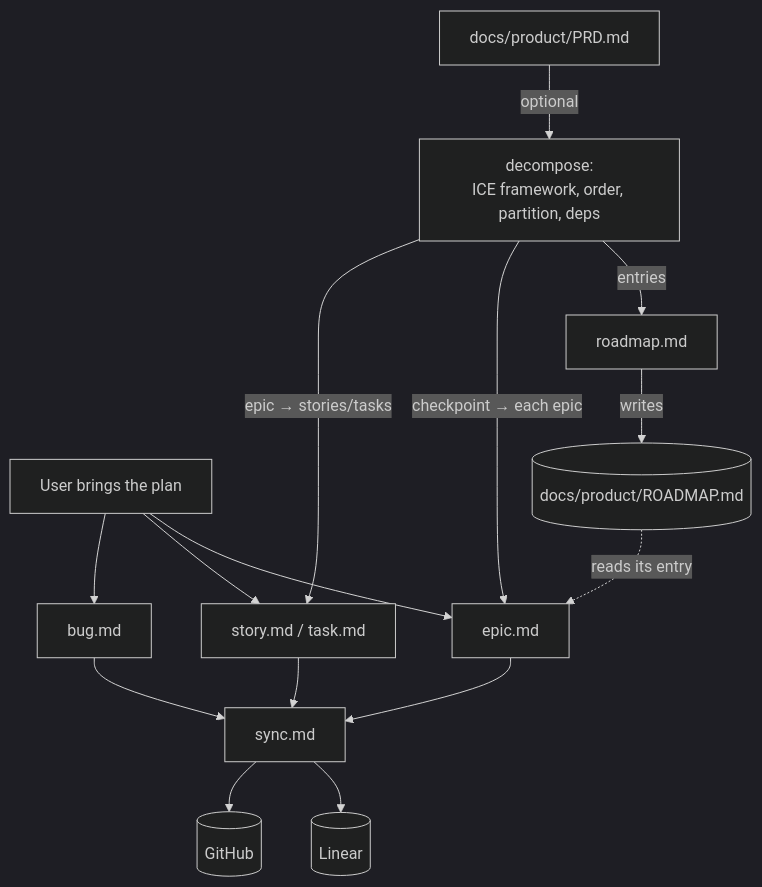
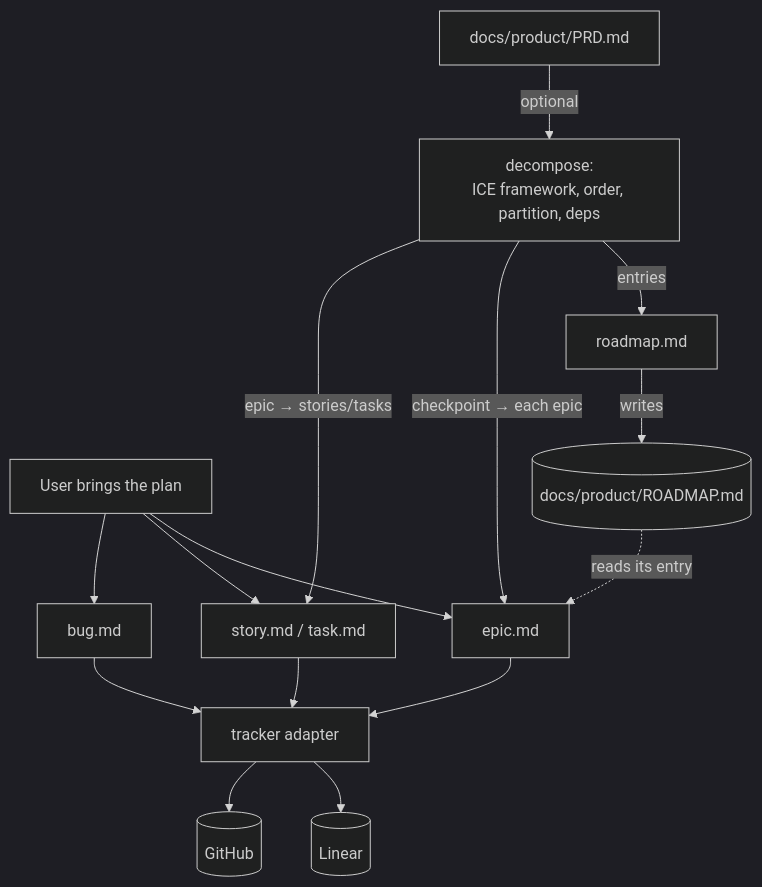
One commit to adeonir/agent-skills changed the diagram in skills/product/epic-tracker/README.md. Above: the diagram before and after it, drawn with Mermaid (dark theme). The commit also changed other lines of this file and 11 other files, not shown here.

Commit message:
refactor(epic-tracker): split the tracker adapter out of the sync job

````diff
--- a/skills/product/epic-tracker/README.md
+++ b/skills/product/epic-tracker/README.md
@@ -7,17 +7,17 @@
 ```mermaid
 flowchart TD
     USER[User brings the plan] --> EP[epic.md]
     USER --> STK[story.md / task.md]
     USER --> BG[bug.md]
     PRD[docs/product/PRD.md] -->|optional| DEC[decompose:<br>ICE framework, order, partition, deps]
     DEC -->|entries| RW[roadmap.md]
     RW -->|writes| RM[(docs/product/ROADMAP.md)]
     DEC -->|checkpoint → each epic| EP
     RM -.reads its entry.-> EP
     DEC -->|epic → stories/tasks| STK
-    EP --> SY[sync.md]
+    EP --> SY[tracker adapter]
     STK --> SY
     BG --> SY
     SY --> LN[(Linear)]
     SY --> GH[(GitHub)]
 ```
````
